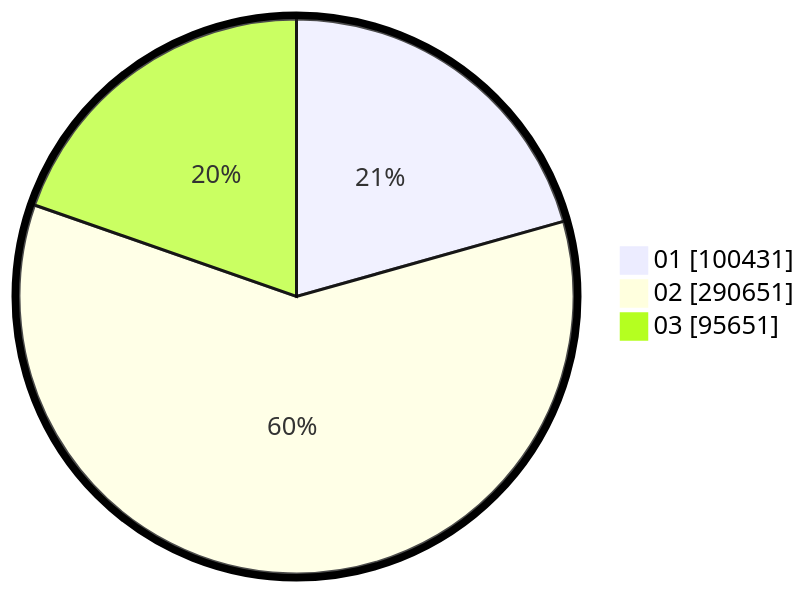
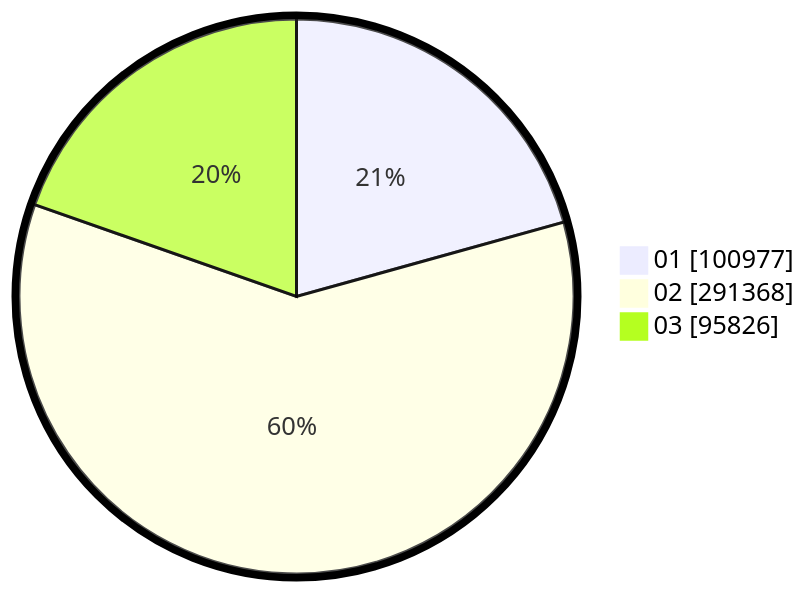
Before and after one commit to gigit-pemilu/pemilu-2024: the second of 2 diagrams in pilpres/hitung-suara/sub/table-wilayah-99.md, drawn with Mermaid. The commit also changed other lines of this file and 8 other files, not shown here.

````diff
--- a/pilpres/hitung-suara/sub/table-wilayah-99.md
+++ b/pilpres/hitung-suara/sub/table-wilayah-99.md
@@ -15,7 +15,7 @@
 ```mermaid
 %%{init: {"pie": {"textPosition": 0.5}, "themeVariables": {"pieOuterStrokeWidth": "5px"}} }%%
 pie showData
-    "01" : 100431
-    "02" : 290651
-    "03" : 95651
+    "01" : 100977
+    "02" : 291368
+    "03" : 95826
 ```
````
